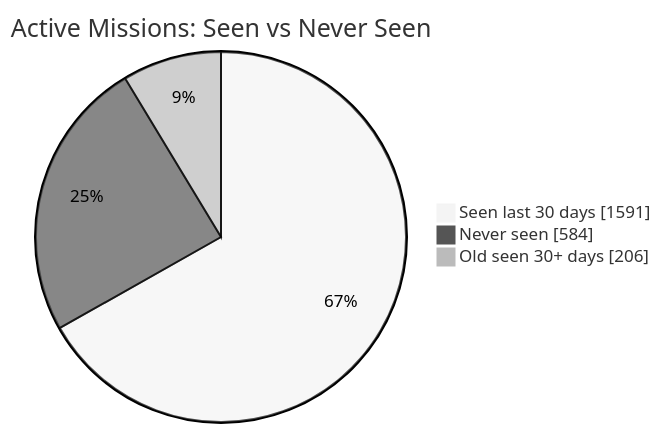
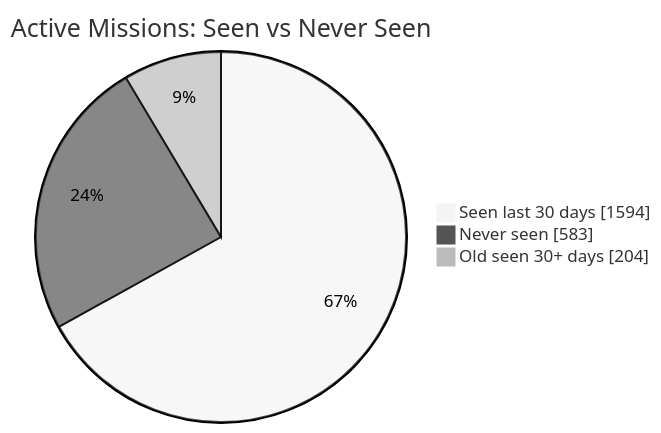
Before and after one commit to MeldkamerspelGameTeam/active-missions: the first of 2 diagrams in README.md, drawn with Mermaid (neutral theme). The commit also changed other lines of this file and 3 other files, not shown here.

````diff
--- a/README.md
+++ b/README.md
@@ -34,7 +34,7 @@
 ```mermaid
 pie showData
     title Active Missions: Seen vs Never Seen
-    "Seen last 30 days" : 1591
-    "Never seen" : 584
-    "Old seen 30+ days" : 206
+    "Seen last 30 days" : 1594
+    "Never seen" : 583
+    "Old seen 30+ days" : 204
 ```
````
